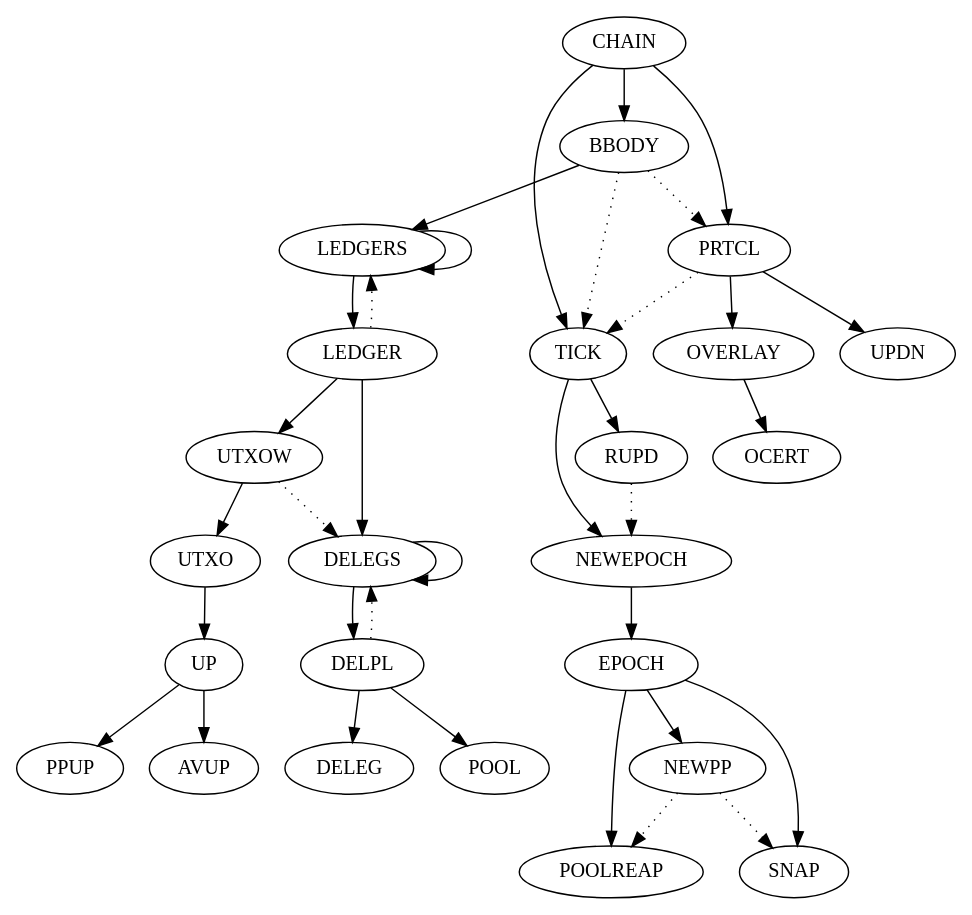
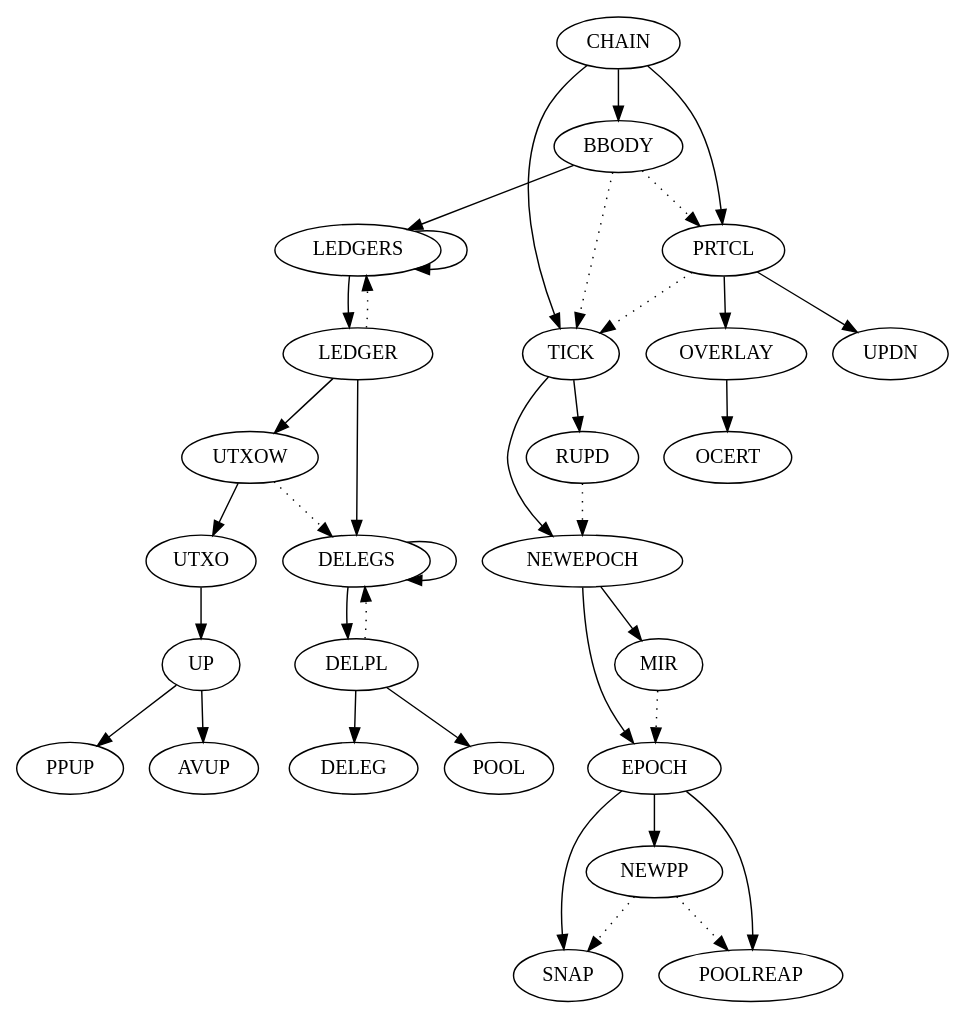
The diagram in shelley/chain-and-ledger/formal-spec/rules.dot (IntersectMBO/cardano-ledger), drawn with Graphviz before and after one commit. The commit also changed 9 other files, not shown here.

```diff
--- a/shelley/chain-and-ledger/formal-spec/rules.dot
+++ b/shelley/chain-and-ledger/formal-spec/rules.dot
@@ -1,48 +1,50 @@
 digraph STS {
         CHAIN -> BBODY
         CHAIN -> PRTCL
         CHAIN -> TICK
         BBODY -> PRTCL [style=dotted]
         BBODY -> TICK [style=dotted]
         PRTCL -> TICK [style=dotted]
 
         UTXOW -> UTXO
         UTXOW -> DELEGS [style=dotted]
         UTXO  -> UP
 
         UP -> PPUP
         UP -> AVUP
 
         DELEGS -> DELPL
         DELEGS -> DELEGS
         DELPL  -> DELEGS [style=dotted]
 
         DELPL -> DELEG
         DELPL -> POOL
 
         LEDGER -> DELEGS
         LEDGER -> UTXOW
 
         LEDGERS -> LEDGER
         LEDGERS -> LEDGERS
         LEDGER  -> LEDGERS [style=dotted]
 
         EPOCH -> SNAP
         EPOCH -> POOLREAP
         EPOCH -> NEWPP
         NEWPP -> POOLREAP [style=dotted]
         NEWPP -> SNAP [style=dotted]
 
         NEWEPOCH -> EPOCH
+        NEWEPOCH -> MIR
+        MIR -> EPOCH [style=dotted]
 
         TICK -> RUPD
         TICK -> NEWEPOCH
         RUPD -> NEWEPOCH [style=dotted]
 
         OVERLAY -> OCERT
 
         PRTCL -> UPDN
         PRTCL -> OVERLAY
 
         BBODY -> LEDGERS
 }
```
